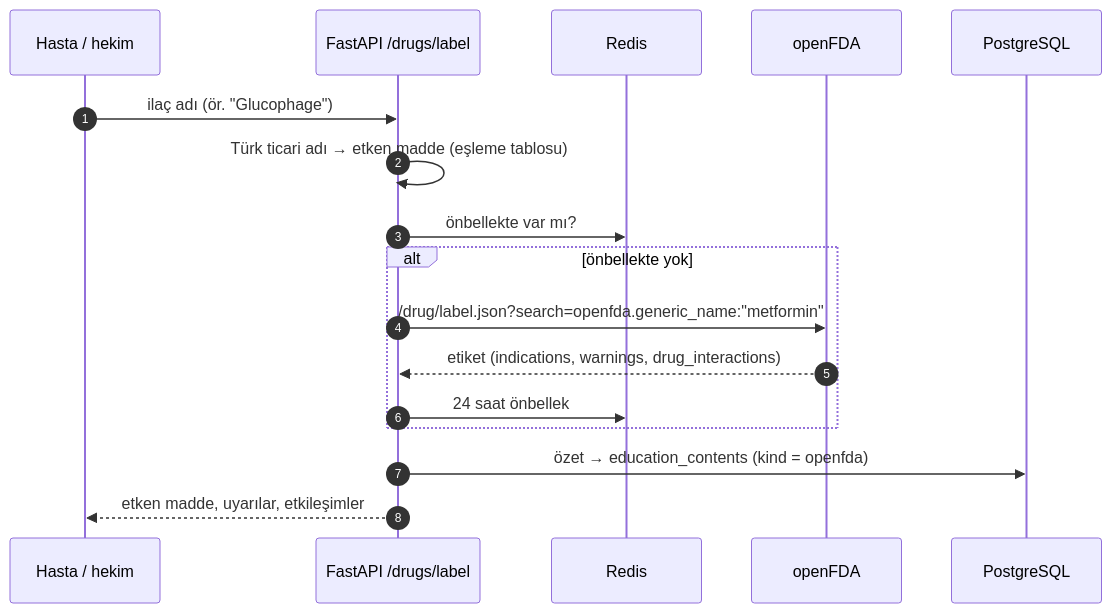
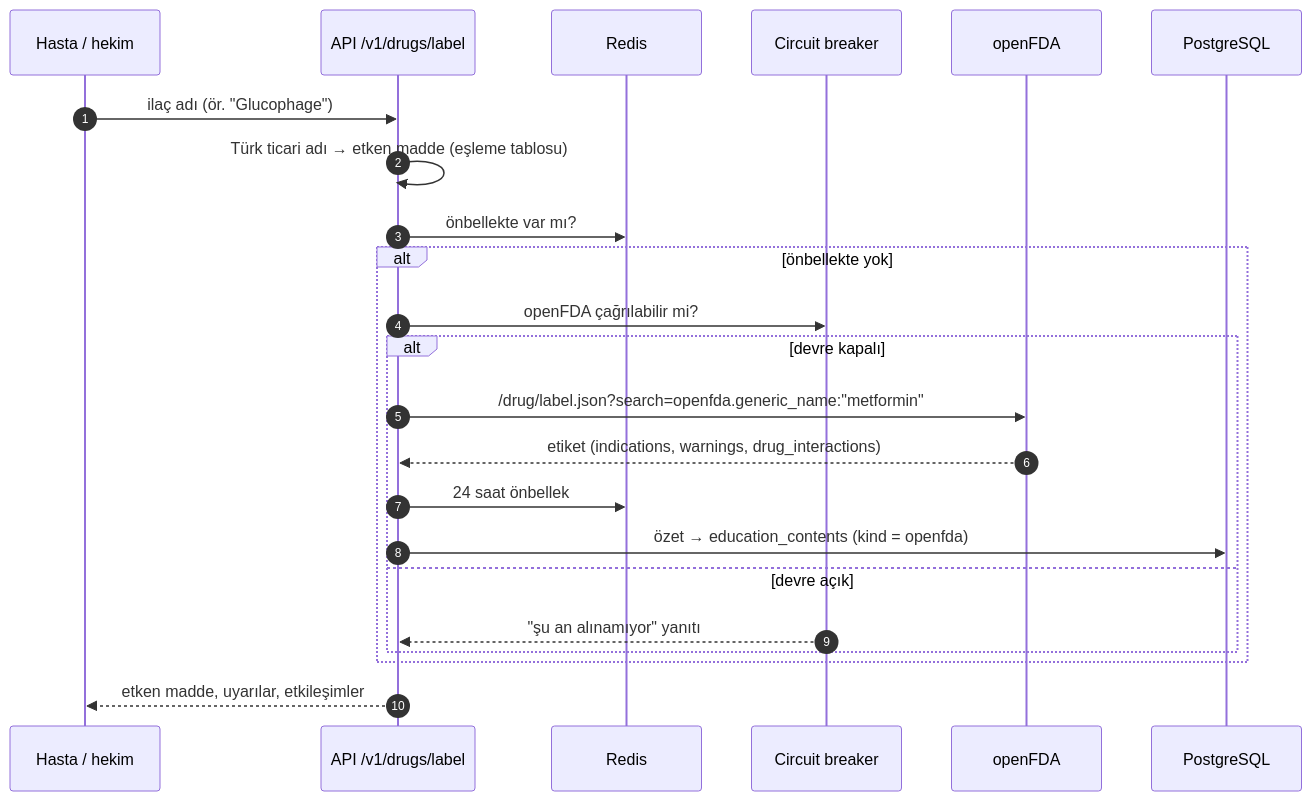
One commit to Nisagwn/ilac-uyum-kocu changed the seventh of 8 diagrams in docs/M1/05-mimari.md. Above: the diagram before and after it, drawn with Mermaid. The commit also changed other lines of this file and 8 other files, not shown here.

Commit message:
M1: mimariye reverse proxy, load balancing, rate limit, idempotency, circuit breaker ve DLQ eklendi

````diff
--- a/docs/M1/05-mimari.md
+++ b/docs/M1/05-mimari.md
@@ -211,20 +313,26 @@
 ```mermaid
 sequenceDiagram
     autonumber
     participant U as Hasta / hekim
-    participant A as FastAPI /drugs/label
+    participant A as API /v1/drugs/label
     participant R as Redis
+    participant CB as Circuit breaker
     participant F as openFDA
     participant D as PostgreSQL
 
     U->>A: ilaç adı (ör. "Glucophage")
     A->>A: Türk ticari adı → etken madde (eşleme tablosu)
     A->>R: önbellekte var mı?
     alt önbellekte yok
-        A->>F: /drug/label.json?search=openfda.generic_name:"metformin"
-        F-->>A: etiket (indications, warnings, drug_interactions)
-        A->>R: 24 saat önbellek
+        A->>CB: openFDA çağrılabilir mi?
+        alt devre kapalı
+            A->>F: /drug/label.json?search=openfda.generic_name:"metformin"
+            F-->>A: etiket (indications, warnings, drug_interactions)
+            A->>R: 24 saat önbellek
+            A->>D: özet → education_contents (kind = openfda)
+        else devre açık
+            CB-->>A: "şu an alınamıyor" yanıtı
+        end
     end
-    A->>D: özet → education_contents (kind = openfda)
     A-->>U: etken madde, uyarılar, etkileşimler
 ```
````
